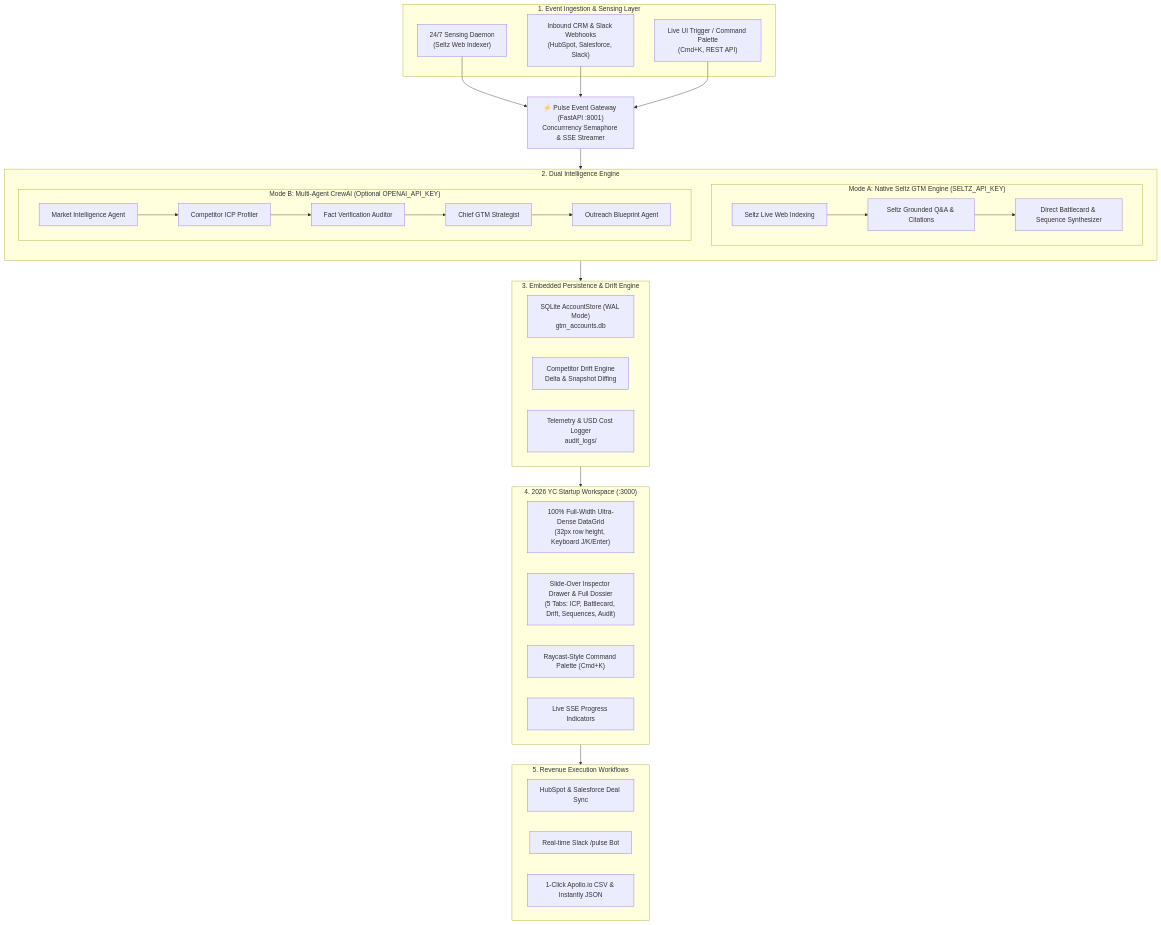
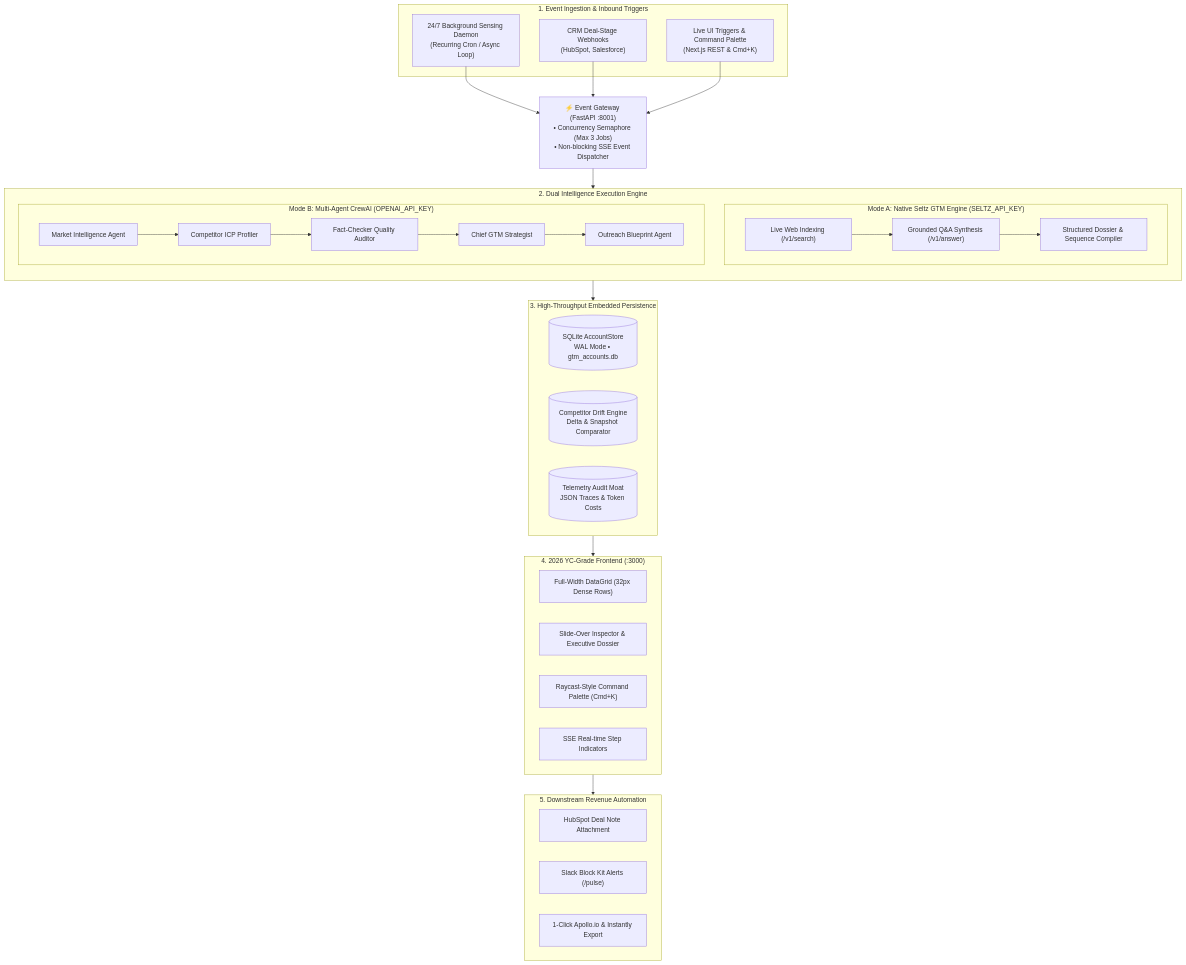
The diagram in README.md (Saumojit30/Pulse), drawn with Mermaid before and after one commit. The commit also changed other lines of this file, not shown here.

Commit message:
docs: elevate README to enterprise-grade engineering specification

````diff
--- a/README.md
+++ b/README.md
@@ -63,58 +63,59 @@
 ```mermaid
 flowchart TD
-    subgraph Sensing ["1. Event Ingestion & Sensing Layer"]
-        Daemon["24/7 Sensing Daemon<br/>(Seltz Web Indexer)"]
-        Webhooks["Inbound CRM & Slack Webhooks<br/>(HubSpot, Salesforce, Slack)"]
-        ManualScan["Live UI Trigger / Command Palette<br/>(Cmd+K, REST API)"]
+    subgraph Ingestion ["1. Event Ingestion & Inbound Triggers"]
+        Daemon["24/7 Background Sensing Daemon<br/>(Recurring Cron / Async Loop)"]
+        CRMInbound["CRM Deal-Stage Webhooks<br/>(HubSpot, Salesforce)"]
+        UIEvent["Live UI Triggers & Command Palette<br/>(Next.js REST & Cmd+K)"]
     end
 
-    Gateway["⚡ Pulse Event Gateway (FastAPI :8001)<br/>Concurrrency Semaphore & SSE Streamer"]
+    Gateway["⚡ Event Gateway (FastAPI :8001)<br/>• Concurrency Semaphore (Max 3 Jobs)<br/>• Non-blocking SSE Event Dispatcher"]
     Daemon --> Gateway
-    Webhooks --> Gateway
-    ManualScan --> Gateway
+    CRMInbound --> Gateway
+    UIEvent --> Gateway
 
-    subgraph DualEngine ["2. Dual Intelligence Engine"]
+    subgraph DualCore ["2. Dual Intelligence Execution Engine"]
         direction TB
-        subgraph ModeA ["Mode A: Native Seltz GTM Engine (SELTZ_API_KEY)"]
-            SeltzSearch["Seltz Live Web Indexing"]
-            SeltzAnswer["Seltz Grounded Q&A & Citations"]
-            SeltzSynth["Direct Battlecard & Sequence Synthesizer"]
-            SeltzSearch --> SeltzAnswer --> SeltzSynth
+        subgraph SeltzNative ["Mode A: Native Seltz GTM Engine (SELTZ_API_KEY)"]
+            SeltzSearch["Live Web Indexing (/v1/search)"]
+            SeltzAnswer["Grounded Q&A Synthesis (/v1/answer)"]
+            DirectSynth["Structured Dossier & Sequence Compiler"]
+            SeltzSearch --> SeltzAnswer --> DirectSynth
         end
-        subgraph ModeB ["Mode B: Multi-Agent CrewAI (Optional OPENAI_API_KEY)"]
-            CrewMarket["Market Intelligence Agent"]
-            CrewICP["Competitor ICP Profiler"]
-            CrewAudit["Fact Verification Auditor"]
-            CrewStrategist["Chief GTM Strategist"]
-            CrewOutreach["Outreach Blueprint Agent"]
-            CrewMarket --> CrewICP --> CrewAudit --> CrewStrategist --> CrewOutreach
+
+        subgraph CrewAgents ["Mode B: Multi-Agent CrewAI (OPENAI_API_KEY)"]
+            Agent1["Market Intelligence Agent"]
+            Agent2["Competitor ICP Profiler"]
+            Agent3["Fact-Checker Quality Auditor"]
+            Agent4["Chief GTM Strategist"]
+            Agent5["Outreach Blueprint Agent"]
+            Agent1 --> Agent2 --> Agent3 --> Agent4 --> Agent5
         end
     end
 
-    Gateway --> DualEngine
+    Gateway --> DualCore
 
-    subgraph Storage ["3. Embedded Persistence & Drift Engine"]
-        SQLiteStore["SQLite AccountStore (WAL Mode)<br/>gtm_accounts.db"]
-        DriftEngine["Competitor Drift Engine<br/>Delta & Snapshot Diffing"]
-        AuditLogger["Telemetry & USD Cost Logger<br/>audit_logs/"]
+    subgraph StorageLayer ["3. High-Throughput Embedded Persistence"]
+        AccountDB[("SQLite AccountStore<br/>WAL Mode • gtm_accounts.db")]
+        DriftDB[("Competitor Drift Engine<br/>Delta & Snapshot Comparator")]
+        AuditStore[("Telemetry Audit Moat<br/>JSON Traces & Token Costs")]
     end
 
-    DualEngine --> Storage
+    DualCore --> StorageLayer
 
-    subgraph Frontend ["4. 2026 YC Startup Workspace (:3000)"]
-        DataGrid["100% Full-Width Ultra-Dense DataGrid<br/>(32px row height, Keyboard J/K/Enter)"]
-        Inspector["Slide-Over Inspector Drawer & Full Dossier<br/>(5 Tabs: ICP, Battlecard, Drift, Sequences, Audit)"]
-        CmdPalette["Raycast-Style Command Palette (Cmd+K)"]
-        SSEStream["Live SSE Progress Indicators"]
+    subgraph Presentation ["4. 2026 YC-Grade Frontend (:3000)"]
+        DataGrid["Full-Width DataGrid (32px Dense Rows)"]
+        Inspector["Slide-Over Inspector & Executive Dossier"]
+        CmdK["Raycast-Style Command Palette (Cmd+K)"]
+        LiveStream["SSE Real-time Step Indicators"]
     end
 
-    Storage --> Frontend
+    StorageLayer --> Presentation
 
-    subgraph RevenueActions ["5. Revenue Execution Workflows"]
-        CRM["HubSpot & Salesforce Deal Sync"]
-        SlackBot["Real-time Slack /pulse Bot"]
-        Apollo["1-Click Apollo.io CSV & Instantly JSON"]
+    subgraph RevenueExecution ["5. Downstream Revenue Automation"]
+        CRMOut["HubSpot Deal Note Attachment"]
+        SlackAlerts["Slack Block Kit Alerts (/pulse)"]
+        ApolloExport["1-Click Apollo.io & Instantly Export"]
     end
 
-    Frontend --> RevenueActions
+    Presentation --> RevenueExecution
 ```
````
